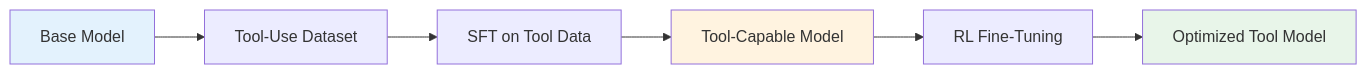
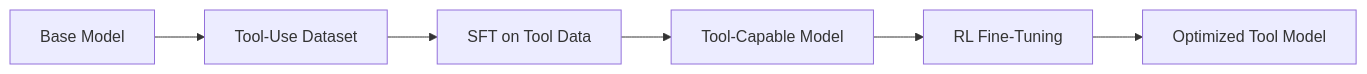
One commit to xdflatline/quartz changed the second of 4 diagrams in content/Concepts/tool-calling-llm.md. Above: the diagram before and after it, drawn with Mermaid. The commit also changed other lines of this file and 6 other files, not shown here.

````diff
--- a/content/Concepts/tool-calling-llm.md
+++ b/content/Concepts/tool-calling-llm.md
@@ -107,12 +107,9 @@
 ```mermaid
 graph LR
     A[Base Model] --> B[Tool-Use Dataset]
     B --> C[SFT on Tool Data]
     C --> D[Tool-Capable Model]
     D --> E[RL Fine-Tuning]
     E --> F[Optimized Tool Model]
     
-    style A fill:#e3f2fd
-    style D fill:#fff3e0
-    style F fill:#e8f5e9
 ```
````
